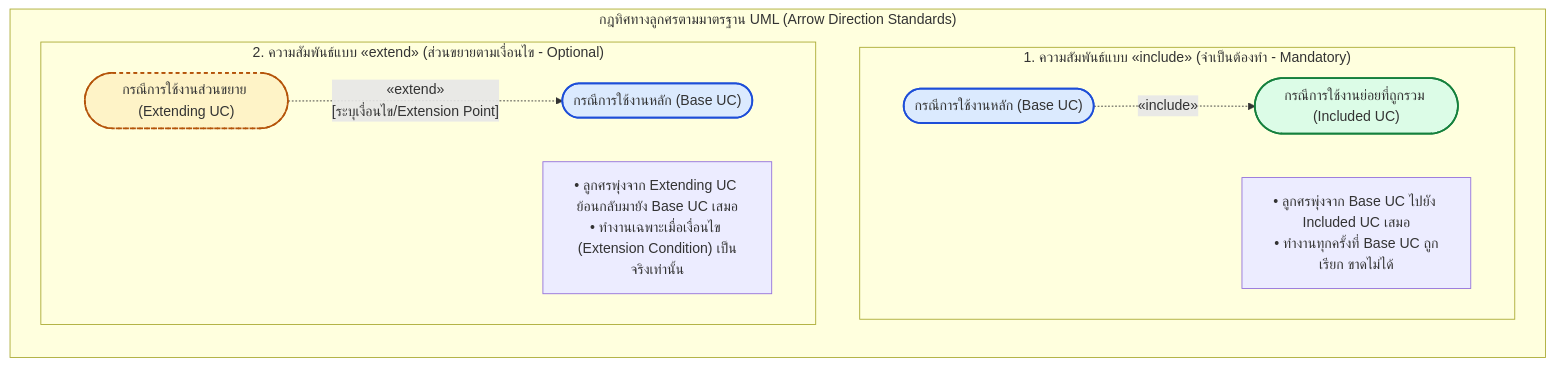
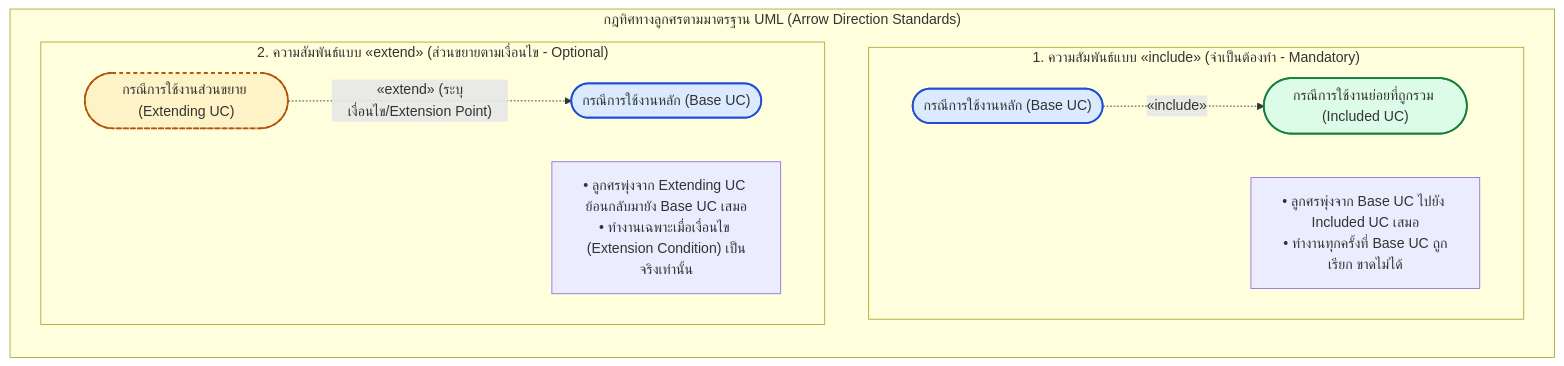
One commit to Phoomss/interviewx-datahub changed the third of 26 diagrams in docs-interviex/03_SRS_Requirements/InterviewX_SRS_Report_Revised_TH.md. Above: the diagram before and after it, drawn with Mermaid. The commit also changed other lines of this file and 21 other files, not shown here.

Commit message:
fix error Unable to render rich display for all diagram

````diff
--- a/docs-interviex/03_SRS_Requirements/InterviewX_SRS_Report_Revised_TH.md
+++ b/docs-interviex/03_SRS_Requirements/InterviewX_SRS_Report_Revised_TH.md
@@ -520,22 +520,22 @@
 ```mermaid
 flowchart LR
   subgraph NotationRule["กฎทิศทางลูกศรตามมาตรฐาน UML (Arrow Direction Standards)"]
     direction TB
     subgraph IncludeConcept["1. ความสัมพันธ์แบบ «include» (จำเป็นต้องทำ - Mandatory)"]
-      Base1(["กรณีการใช้งานหลัก (Base UC)"]) -. "«include»" .-> Inc1(["กรณีการใช้งานย่อยที่ถูกรวม (Included UC)"])
-      note1["• ลูกศรพุ่งจาก Base UC ไปยัง Included UC เสมอ\n• ทำงานทุกครั้งที่ Base UC ถูกเรียก ขาดไม่ได้"]
+      Base1(["กรณีการใช้งานหลัก (Base UC)"]) -.->|«include»| Inc1(["กรณีการใช้งานย่อยที่ถูกรวม (Included UC)"])
+      note1["• ลูกศรพุ่งจาก Base UC ไปยัง Included UC เสมอ<br/>• ทำงานทุกครั้งที่ Base UC ถูกเรียก ขาดไม่ได้"]
     end
     subgraph ExtendConcept["2. ความสัมพันธ์แบบ «extend» (ส่วนขยายตามเงื่อนไข - Optional)"]
-      Ext1(["กรณีการใช้งานส่วนขยาย (Extending UC)"]) -. "«extend»\n[ระบุเงื่อนไข/Extension Point]" .-> Base2(["กรณีการใช้งานหลัก (Base UC)"])
-      note2["• ลูกศรพุ่งจาก Extending UC ย้อนกลับมายัง Base UC เสมอ\n• ทำงานเฉพาะเมื่อเงื่อนไข (Extension Condition) เป็นจริงเท่านั้น"]
+      Ext1(["กรณีการใช้งานส่วนขยาย (Extending UC)"]) -.->|"«extend» (ระบุเงื่อนไข/Extension Point)"| Base2(["กรณีการใช้งานหลัก (Base UC)"])
+      note2["• ลูกศรพุ่งจาก Extending UC ย้อนกลับมายัง Base UC เสมอ<br/>• ทำงานเฉพาะเมื่อเงื่อนไข (Extension Condition) เป็นจริงเท่านั้น"]
     end
   end
 
-  classDef baseStyle fill:#dbeafe,stroke:#1d4ed8,stroke-width:2px;
-  classDef incStyle fill:#dcfce7,stroke:#15803d,stroke-width:2px;
-  classDef extStyle fill:#fef3c7,stroke:#b45309,stroke-width:2px,stroke-dasharray:4 4;
+  classDef baseStyle fill:#dbeafe,stroke:#1d4ed8,stroke-width:2px
+  classDef incStyle fill:#dcfce7,stroke:#15803d,stroke-width:2px
+  classDef extStyle fill:#fef3c7,stroke:#b45309,stroke-width:2px,stroke-dasharray:4 4
 
-  class Base1,Base2 baseStyle;
-  class Inc1 incStyle;
-  class Ext1 extStyle;
+  class Base1,Base2 baseStyle
+  class Inc1 incStyle
+  class Ext1 extStyle
 ```
````
